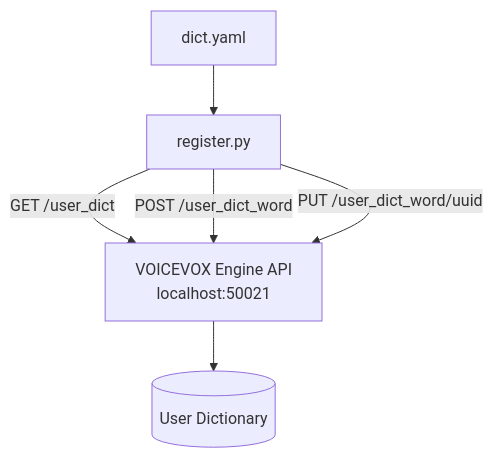
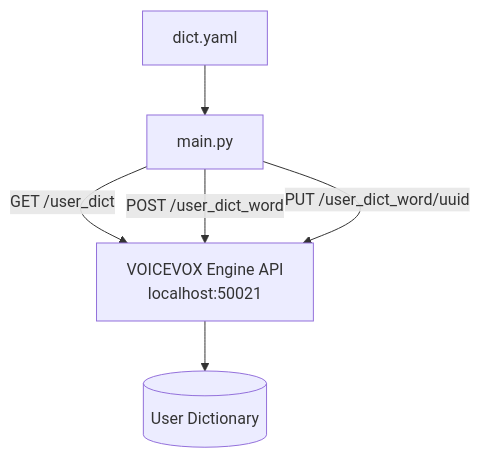
The first of 2 diagrams in README.md (yk-3vil/voicevox-dict-register), drawn with Mermaid before and after one commit. The commit also changed other lines of this file and 1 other file, not shown here.

Commit message:
fix: 誤字修正

````diff
--- a/README.md
+++ b/README.md
@@ -66,12 +66,12 @@
   ```mermaid
   graph TB
       YAML[dict.yaml]
-      SCRIPT[register.py]
+      SCRIPT[main.py]
       API[VOICEVOX Engine API<br/>localhost:50021]
       DICT[(User Dictionary)]
       YAML --> SCRIPT
       SCRIPT -->|GET /user_dict| API
       SCRIPT -->|POST /user_dict_word| API
       SCRIPT -->|PUT /user_dict_word/uuid| API
       API --> DICT
   ```
````
